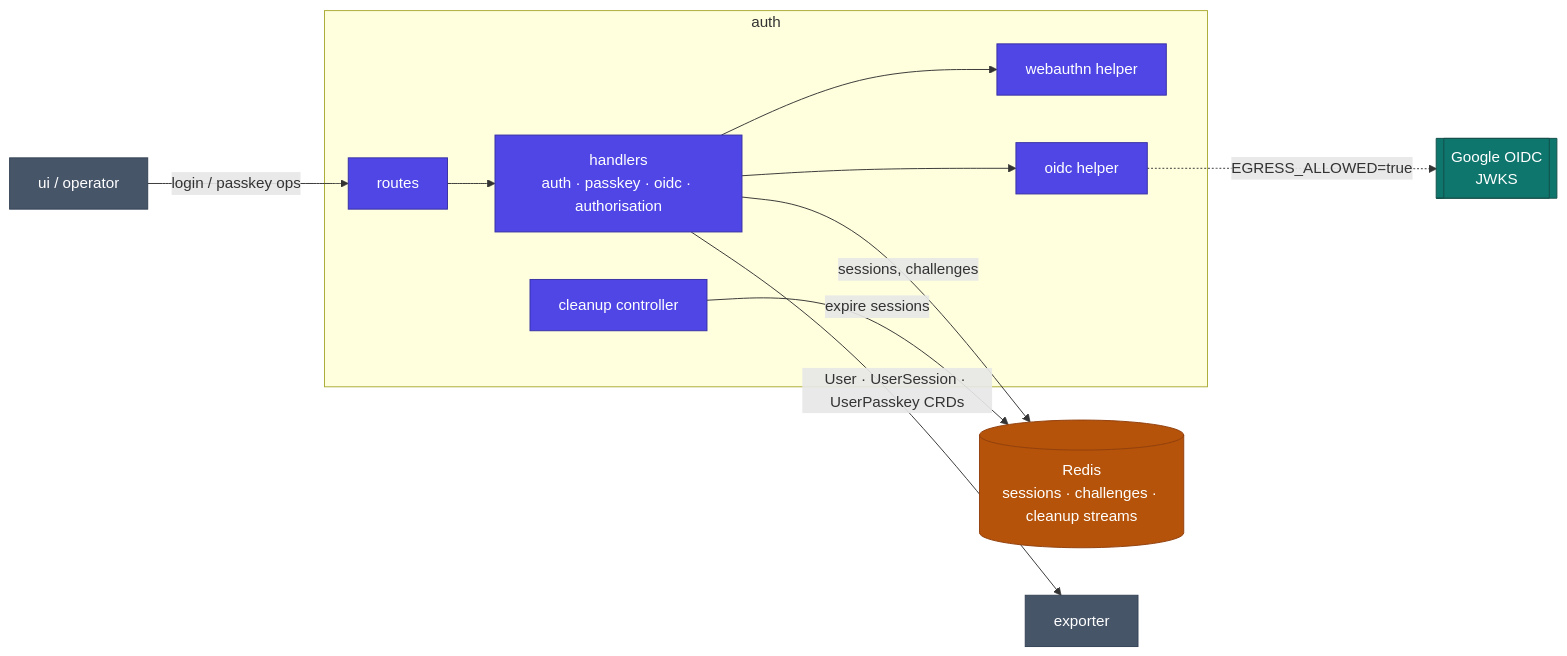
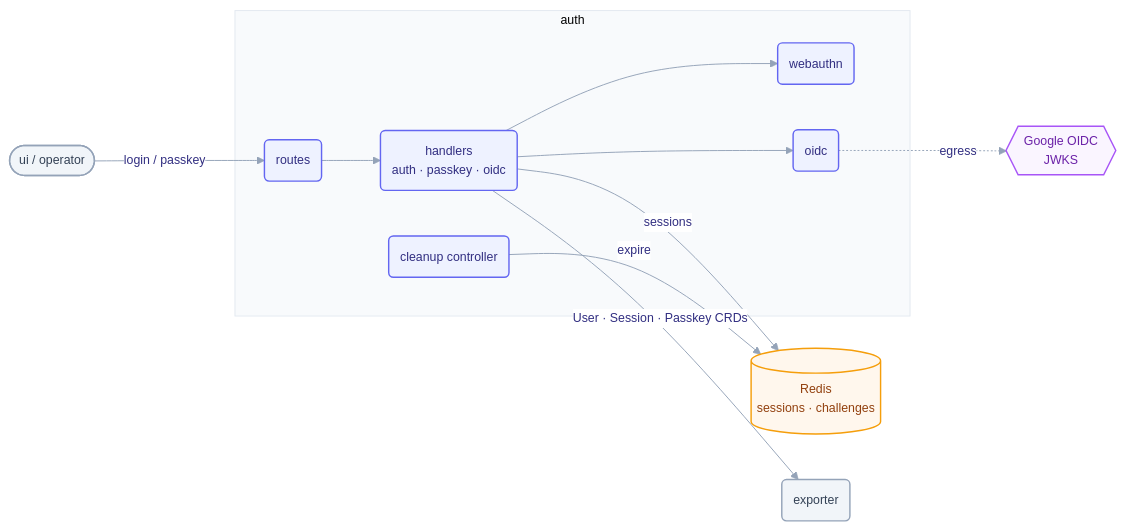
Before and after one commit to telark/telark: the diagram in services/auth/README.md, drawn with Mermaid. The commit also changed 14 other files, not shown here.

Commit message:
adjust README graph style and add missing annotations for CRDs

````diff
--- a/services/auth/README.md
+++ b/services/auth/README.md
@@ -11,30 +11,31 @@
 ```mermaid
+%%{init: {"theme":"base","themeVariables":{"fontFamily":"ui-sans-serif, system-ui, -apple-system, Segoe UI, Roboto, sans-serif","fontSize":"13px","lineColor":"#94a3b8","primaryColor":"#eef2ff","primaryBorderColor":"#6366f1","primaryTextColor":"#312e81","edgeLabelBackground":"#ffffff","clusterBkg":"#f8fafc","clusterBorder":"#e2e8f0"},"flowchart":{"curve":"basis","htmlLabels":true,"nodeSpacing":48,"rankSpacing":62,"padding":12}}}%%
 flowchart LR
-  UI[ui / operator]
+  UI(["ui / operator"])
 
   subgraph auth["auth"]
-    RT[routes] --> H["handlers<br/>auth · passkey · oidc · authorisation"]
-    H --> WA[webauthn helper]
-    H --> OI[oidc helper]
-    CL[cleanup controller]
+    RT(routes) --> H("handlers<br/>auth · passkey · oidc")
+    H --> WA(webauthn)
+    H --> OI(oidc)
+    CL(cleanup controller)
   end
 
-  REDIS[("Redis<br/>sessions · challenges · cleanup streams")]
-  EXP[exporter]
-  GOOG[["Google OIDC<br/>JWKS"]]
+  REDIS[("Redis<br/>sessions · challenges")]
+  EXP(exporter)
+  GOOG{{"Google OIDC<br/>JWKS"}}
 
-  UI -->|login / passkey ops| RT
-  H -->|sessions, challenges| REDIS
-  CL -->|expire sessions| REDIS
-  H -->|User · UserSession · UserPasskey CRDs| EXP
-  OI -.EGRESS_ALLOWED=true.-> GOOG
+  UI -->|login / passkey| RT
+  H -->|sessions| REDIS
+  CL -->|expire| REDIS
+  H -->|User · Session · Passkey CRDs| EXP
+  OI -.egress.-> GOOG
 
-  classDef svc fill:#4f46e5,stroke:#3730a3,color:#fff;
-  classDef peer fill:#475569,stroke:#334155,color:#fff;
-  classDef store fill:#b45309,stroke:#92400e,color:#fff;
-  classDef ext fill:#0f766e,stroke:#134e4a,color:#fff;
+  classDef svc fill:#eef2ff,stroke:#6366f1,stroke-width:1.5px,color:#312e81;
+  classDef peer fill:#f1f5f9,stroke:#94a3b8,stroke-width:1.5px,color:#334155;
+  classDef store fill:#fff7ed,stroke:#f59e0b,stroke-width:1.5px,color:#92400e;
+  classDef ext fill:#faf5ff,stroke:#a855f7,stroke-width:1.5px,color:#6b21a8;
   class RT,H,WA,OI,CL svc;
   class UI,EXP peer;
   class REDIS store;
   class GOOG ext;
 ```
````
